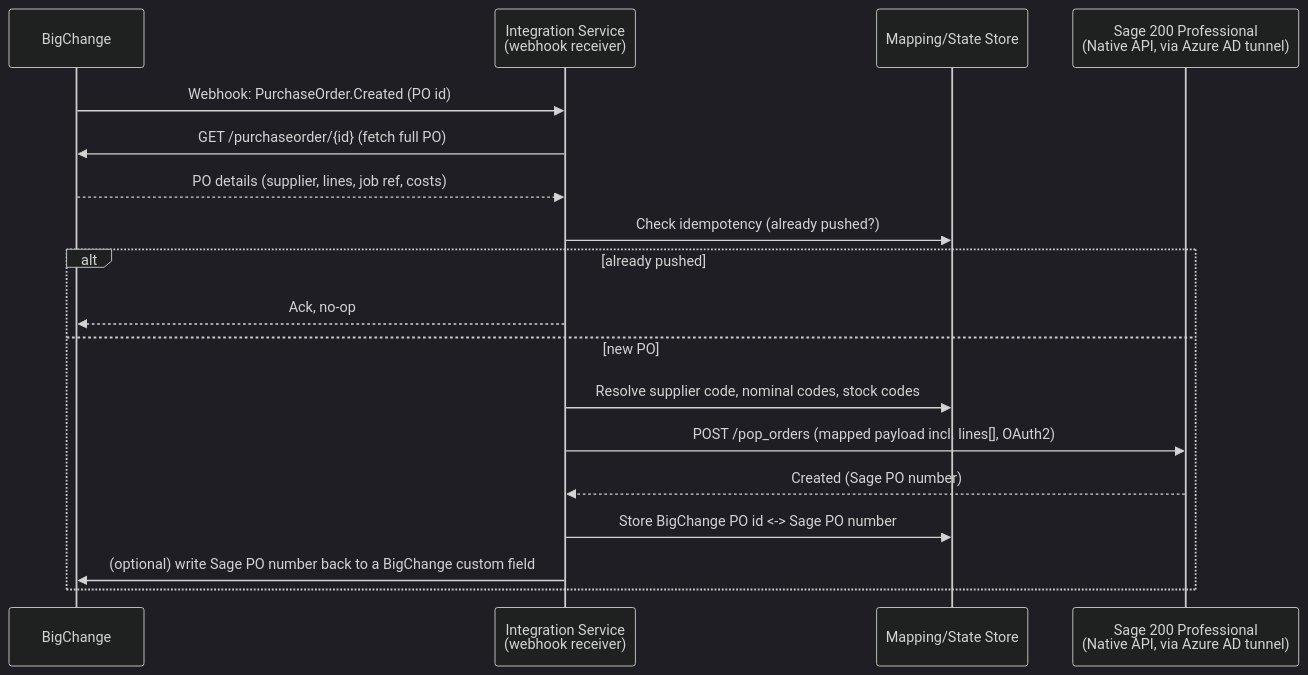
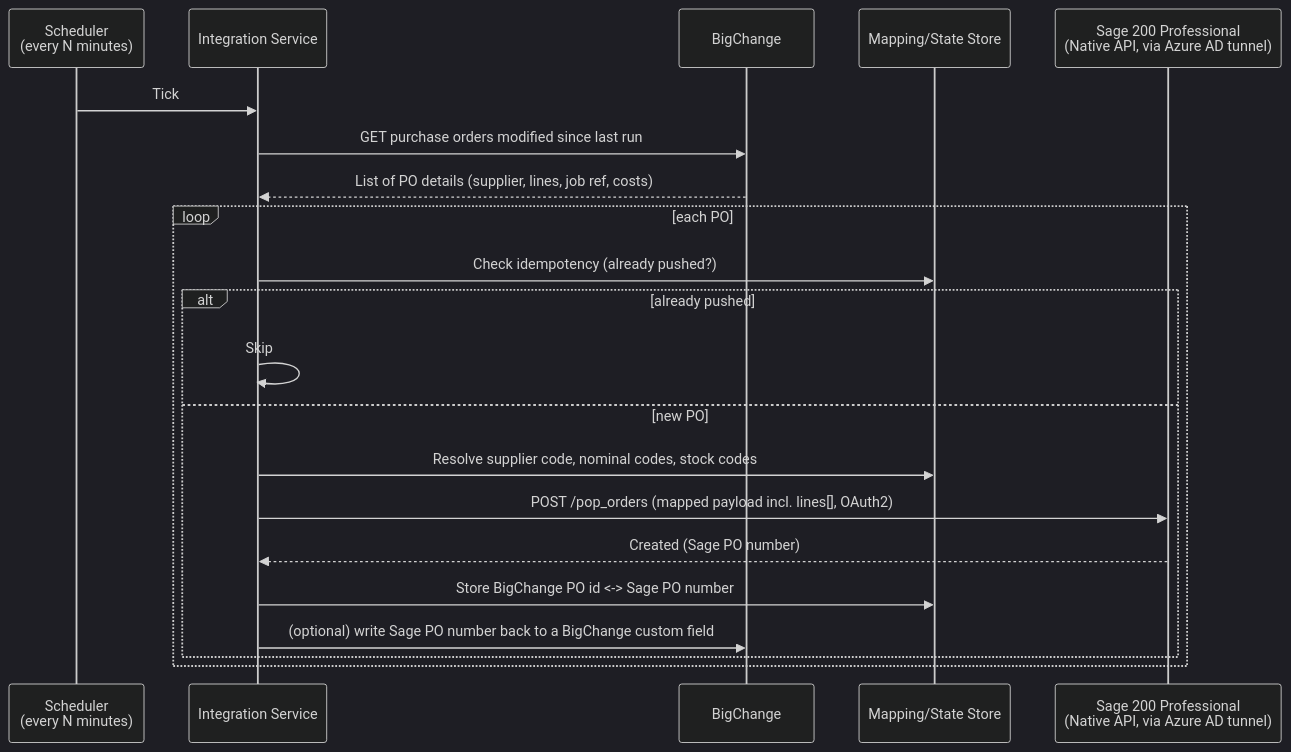
One commit to luciennzotarh-design/Test changed the diagram in docs/bigchange-sage200-po-integration.md. Above: the diagram before and after it, drawn with Mermaid (dark theme). The commit also changed other lines of this file, not shown here.

Commit message:
Default to scheduled poll for BigChange trigger pending webhook confirmation

````diff
--- a/docs/bigchange-sage200-po-integration.md
+++ b/docs/bigchange-sage200-po-integration.md
@@ -42,21 +51,24 @@
 ```mermaid
 sequenceDiagram
+    participant SCHED as Scheduler<br/>(every N minutes)
+    participant WH as Integration Service
     participant BC as BigChange
-    participant WH as Integration Service<br/>(webhook receiver)
     participant DB as Mapping/State Store
     participant SG as Sage 200 Professional<br/>(Native API, via Azure AD tunnel)
 
-    BC->>WH: Webhook: PurchaseOrder.Created (PO id)
-    WH->>BC: GET /purchaseorder/{id} (fetch full PO)
-    BC-->>WH: PO details (supplier, lines, job ref, costs)
-    WH->>DB: Check idempotency (already pushed?)
-    alt already pushed
-        WH-->>BC: Ack, no-op
-    else new PO
-        WH->>DB: Resolve supplier code, nominal codes, stock codes
-        WH->>SG: POST /pop_orders (mapped payload incl. lines[], OAuth2)
-        SG-->>WH: Created (Sage PO number)
-        WH->>DB: Store BigChange PO id <-> Sage PO number
-        WH->>BC: (optional) write Sage PO number back to a BigChange custom field
+    SCHED->>WH: Tick
+    WH->>BC: GET purchase orders modified since last run
+    BC-->>WH: List of PO details (supplier, lines, job ref, costs)
+    loop each PO
+        WH->>DB: Check idempotency (already pushed?)
+        alt already pushed
+            WH->>WH: Skip
+        else new PO
+            WH->>DB: Resolve supplier code, nominal codes, stock codes
+            WH->>SG: POST /pop_orders (mapped payload incl. lines[], OAuth2)
+            SG-->>WH: Created (Sage PO number)
+            WH->>DB: Store BigChange PO id <-> Sage PO number
+            WH->>BC: (optional) write Sage PO number back to a BigChange custom field
+        end
     end
 ```
````
